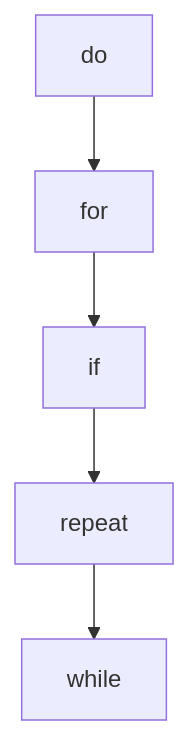
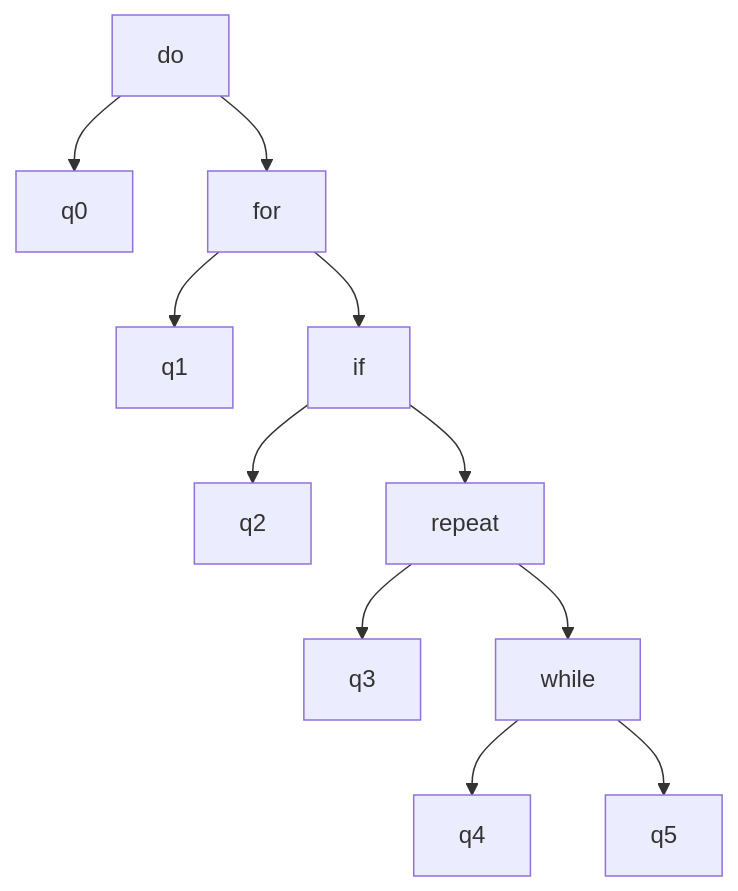
The first of 35 diagrams in chapter_9/excs.md (AK47are/ds-tutorial-exercises), drawn with Mermaid before and after one commit. The commit also changed other lines of this file, not shown here.

````diff
--- a/chapter_9/excs.md
+++ b/chapter_9/excs.md
@@ -11,7 +11,13 @@
 ```mermaid
 graph TD
+    do-->q0
     do-->for
+    for-->q1
     for-->if
+    if-->q2
     if-->repeat
+    repeat-->q3
     repeat-->while
+    while-->q4
+    while-->q5
 ```
````
